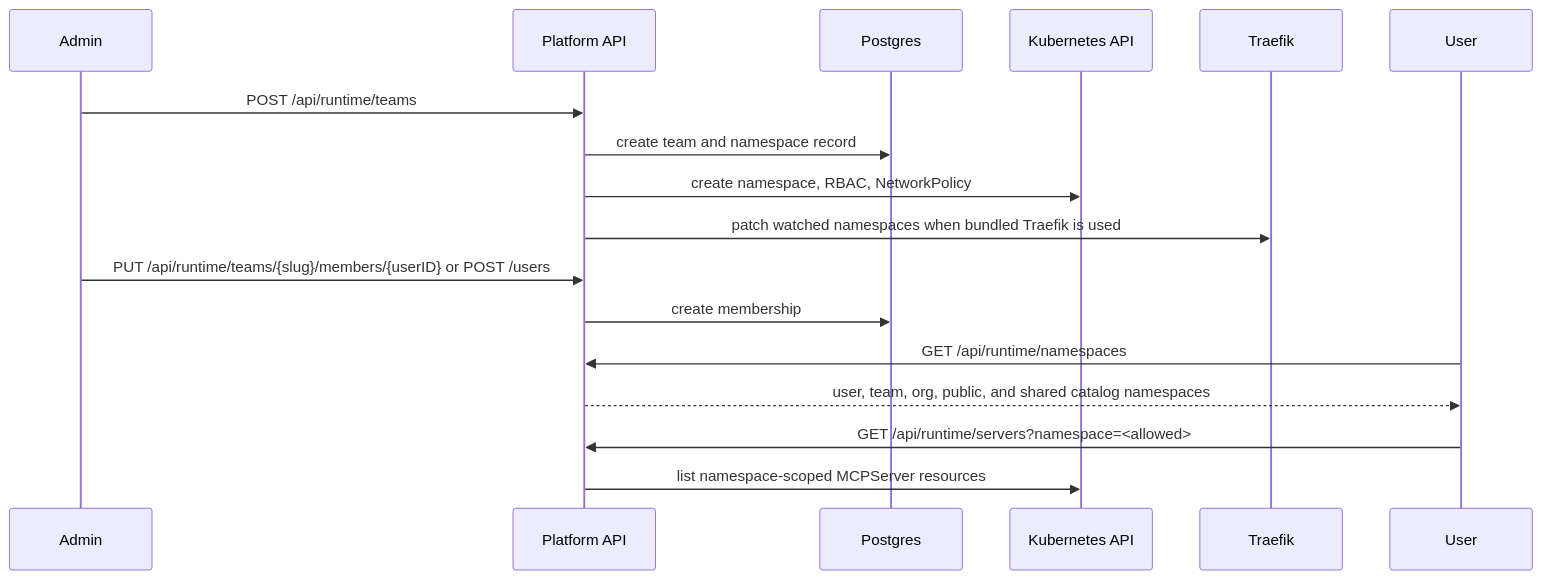
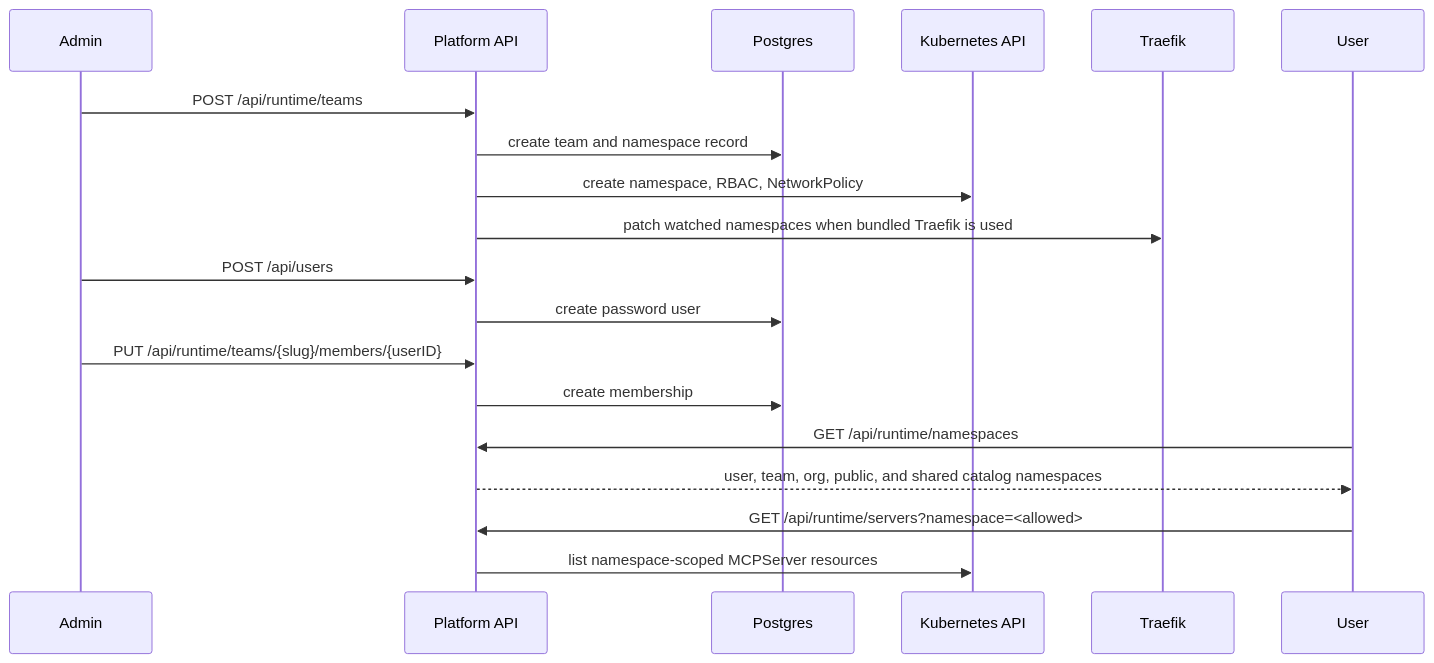
The eighth of 9 diagrams in docs/internals/request-flows.md (Agent-Hellboy/mcp-runtime), drawn with Mermaid before and after one commit. The commit also changed other lines of this file and 35 other files, not shown here.

Commit message:
fix(api): split auth and runtime handlers

````diff
--- a/docs/internals/request-flows.md
+++ b/docs/internals/request-flows.md
@@ -261,20 +261,22 @@
 ```mermaid
 sequenceDiagram
     participant Admin
     participant API as Platform API
     participant DB as Postgres
     participant K8s as Kubernetes API
     participant Traefik
     participant User
 
     Admin->>API: POST /api/runtime/teams
     API->>DB: create team and namespace record
     API->>K8s: create namespace, RBAC, NetworkPolicy
     API->>Traefik: patch watched namespaces when bundled Traefik is used
-    Admin->>API: PUT /api/runtime/teams/{slug}/members/{userID} or POST /users
+    Admin->>API: POST /api/users
+    API->>DB: create password user
+    Admin->>API: PUT /api/runtime/teams/{slug}/members/{userID}
     API->>DB: create membership
     User->>API: GET /api/runtime/namespaces
     API-->>User: user, team, org, public, and shared catalog namespaces
     User->>API: GET /api/runtime/servers?namespace=<allowed>
     API->>K8s: list namespace-scoped MCPServer resources
 ```
````
